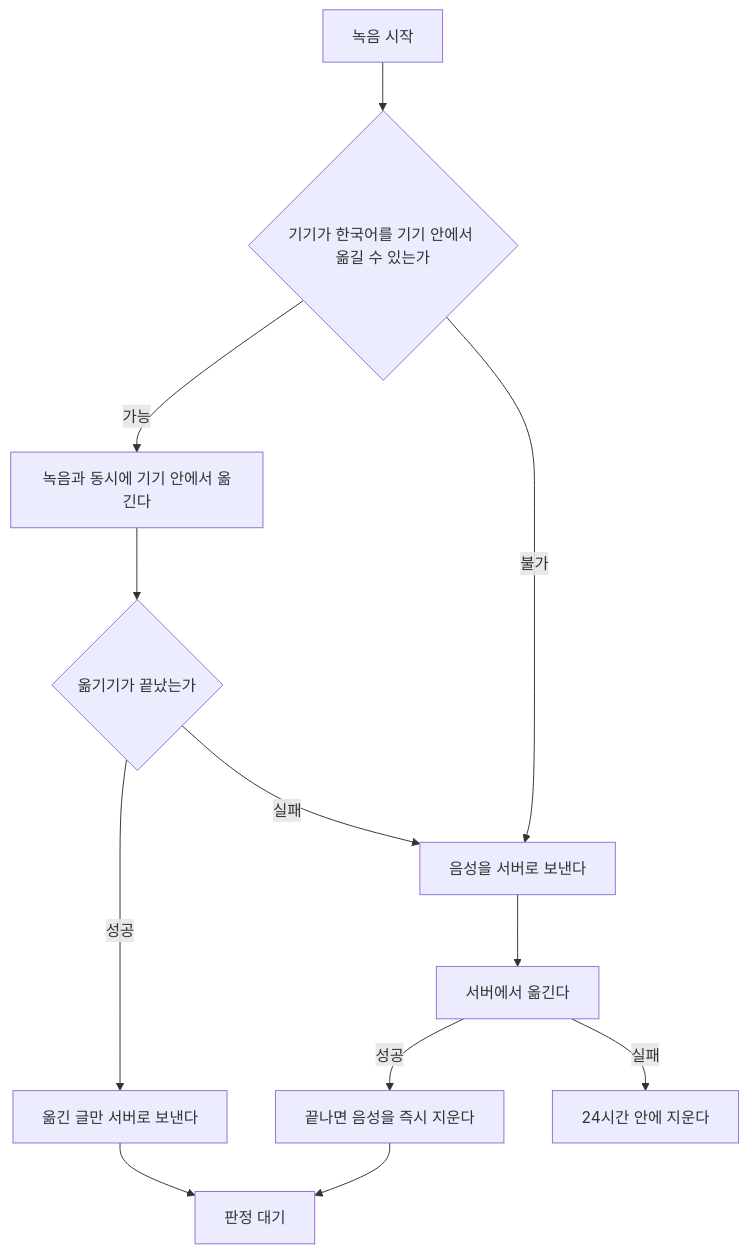
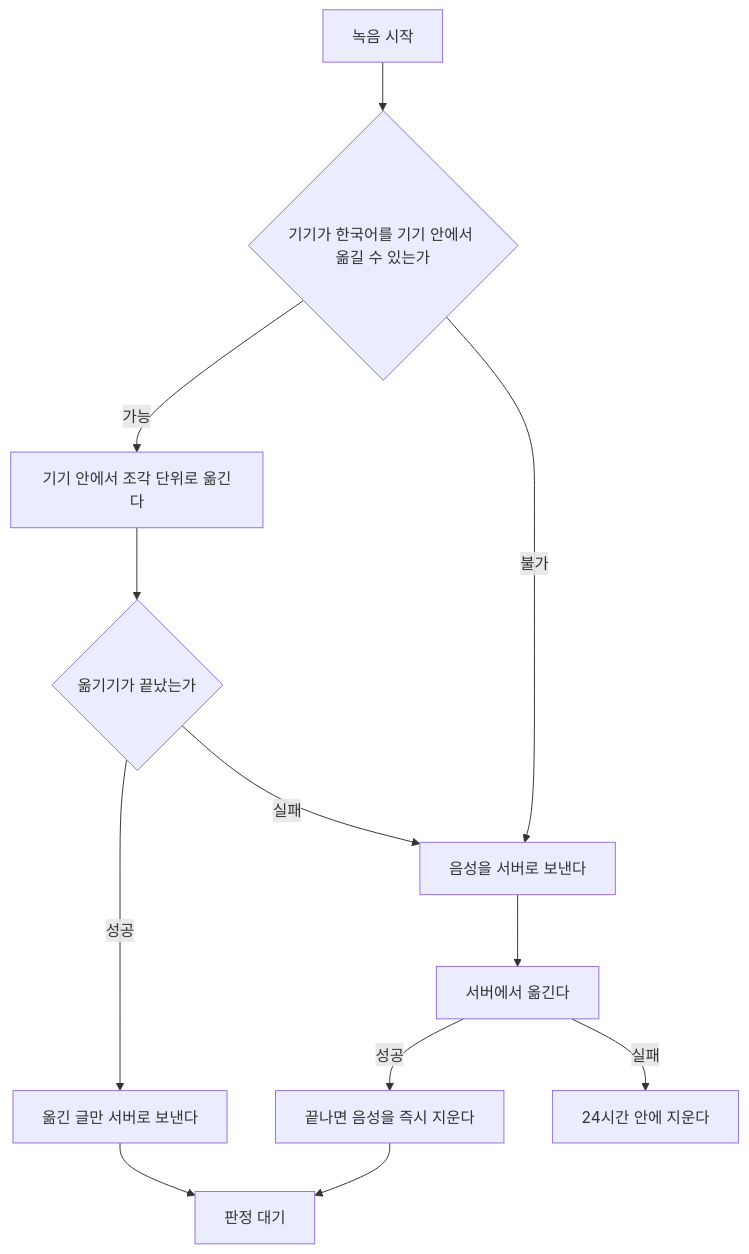
One commit to hayoungv/kokjip changed the fifth of 7 diagrams in docs/02-srs/srs.md. Above: the diagram before and after it, drawn with Mermaid.

Commit message:
docs(srs): 전사 경로 흐름도에 남아 있던 "동시에" 표현 정리

````diff
--- a/docs/02-srs/srs.md
+++ b/docs/02-srs/srs.md
@@ -296,14 +296,14 @@
 ```mermaid
 flowchart TD
     시작["녹음 시작"] --> 확인{"기기가 한국어를 기기 안에서 옮길 수 있는가"}
-    확인 -->|"가능"| 기기전사["녹음과 동시에 기기 안에서 옮긴다"]
+    확인 -->|"가능"| 기기전사["기기 안에서 조각 단위로 옮긴다"]
     확인 -->|"불가"| 예외["음성을 서버로 보낸다"]
     기기전사 --> 성공{"옮기기가 끝났는가"}
     성공 -->|"성공"| 텍스트["옮긴 글만 서버로 보낸다"]
     성공 -->|"실패"| 예외
     예외 --> 서버전사["서버에서 옮긴다"]
     서버전사 -->|"성공"| 삭제["끝나면 음성을 즉시 지운다"]
     서버전사 -->|"실패"| 상한["24시간 안에 지운다"]
     텍스트 --> 끝["판정 대기"]
     삭제 --> 끝
 ```
````
